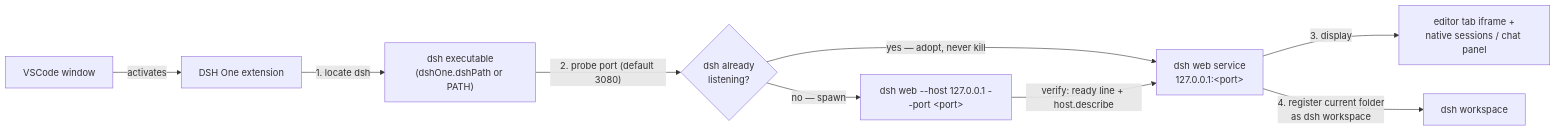
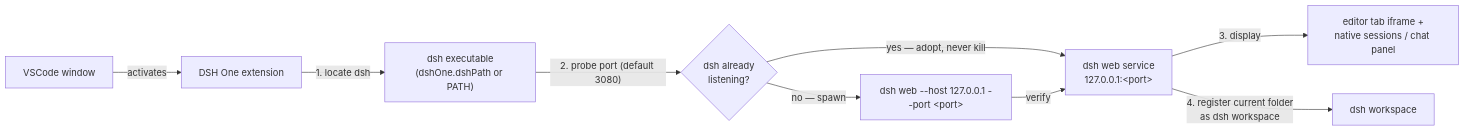
The diagram in README.md (imchangchang/dsh-one), drawn with Mermaid before and after one commit. The commit also changed other lines of this file and 1 other file, not shown here.

````diff
--- a/README.md
+++ b/README.md
@@ -52,11 +48,11 @@
 ```mermaid
 flowchart LR
   VS["VSCode window"] -->|"activates"| EXT["DSH One extension"]
   EXT -->|"1. locate dsh"| DSH["dsh executable<br/>(dshOne.dshPath or PATH)"]
   DSH -->|"2. probe port (default 3080)"| PROBE{"dsh already<br/>listening?"}
   PROBE -->|"yes — adopt, never kill"| SRV["dsh web service<br/>127.0.0.1:&lt;port&gt;"]
   PROBE -->|"no — spawn"| SPAWN["dsh web --host 127.0.0.1 --port &lt;port&gt;"]
-  SPAWN -->|"verify: ready line + host.describe"| SRV
+  SPAWN -->|"verify"| SRV
   SRV -->|"3. display"| UI["editor tab iframe +<br/>native sessions / chat panel"]
   SRV -->|"4. register current folder<br/>as dsh workspace"| WS["dsh workspace"]
 ```
````
